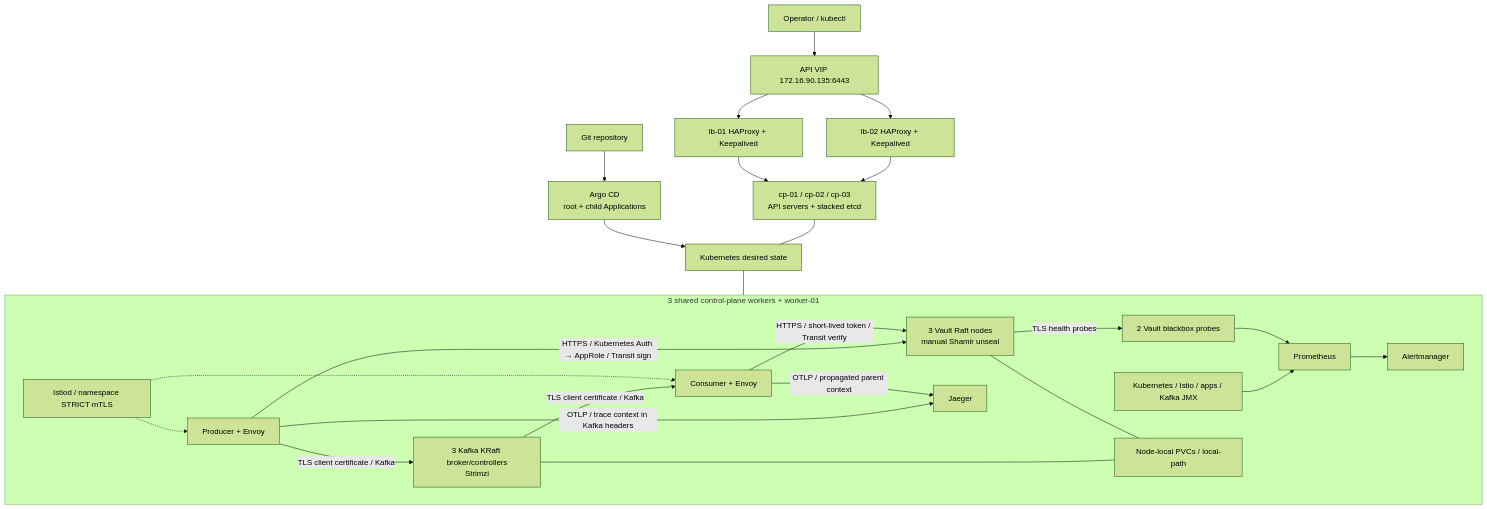
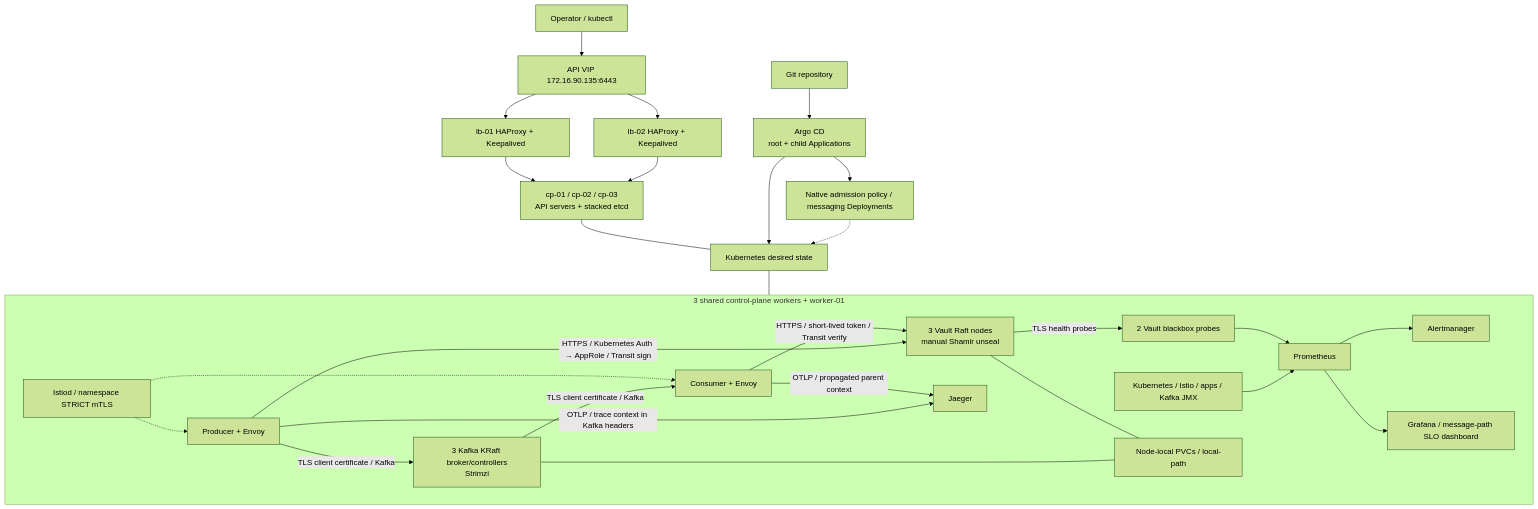
The diagram in docs/architecture.md (AlirezaHossaini79/UTRAVS-DevOps-Assignment), drawn with Mermaid (forest theme) before and after one commit. The commit also changed other lines of this file and 15 other files, not shown here.

````diff
--- a/docs/architecture.md
+++ b/docs/architecture.md
@@ -3,28 +3,31 @@
 ```mermaid
 flowchart TB
   Operator[Operator / kubectl] --> VIP[API VIP 172.16.90.135:6443]
   VIP --> LB1[lb-01 HAProxy + Keepalived]
   VIP --> LB2[lb-02 HAProxy + Keepalived]
   LB1 --> CP[cp-01 / cp-02 / cp-03\nAPI servers + stacked etcd]
   LB2 --> CP
   Git[Git repository] --> Argo[Argo CD\nroot + child Applications]
   Argo --> K8s[Kubernetes desired state]
   CP --- K8s
+  Argo --> Policy[Native admission policy / messaging Deployments]
+  Policy -.-> K8s
   subgraph Workloads[3 shared control-plane workers + worker-01]
     Producer[Producer + Envoy] -->|TLS client certificate / Kafka| Kafka[3 Kafka KRaft broker/controllers\nStrimzi]
     Kafka -->|TLS client certificate / Kafka| Consumer[Consumer + Envoy]
     Producer -->|HTTPS / Kubernetes Auth → AppRole / Transit sign| Vault[3 Vault Raft nodes\nmanual Shamir unseal]
     Consumer -->|HTTPS / short-lived token / Transit verify| Vault
     Mesh[Istiod / namespace STRICT mTLS] -.-> Producer
     Mesh -.-> Consumer
     Producer -->|OTLP / trace context in Kafka headers| Jaeger[Jaeger]
     Consumer -->|OTLP / propagated parent context| Jaeger
     Metrics[Kubernetes / Istio / apps / Kafka JMX] --> Prom[Prometheus]
     Vault -->|TLS health probes| Blackbox[2 Vault blackbox probes]
     Blackbox --> Prom
     Prom --> AM[Alertmanager]
+    Prom --> Grafana[Grafana / message-path SLO dashboard]
     Kafka --- Disk[Node-local PVCs / local-path]
     Vault --- Disk
   end
   K8s --- Workloads
 ```
````
